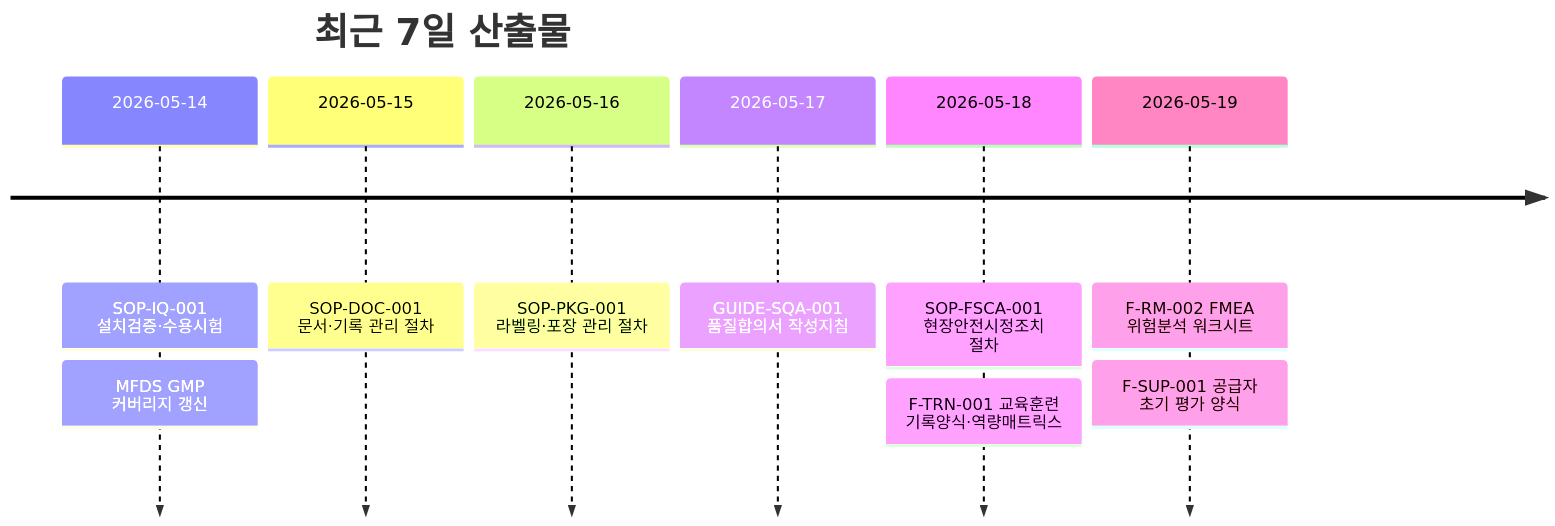
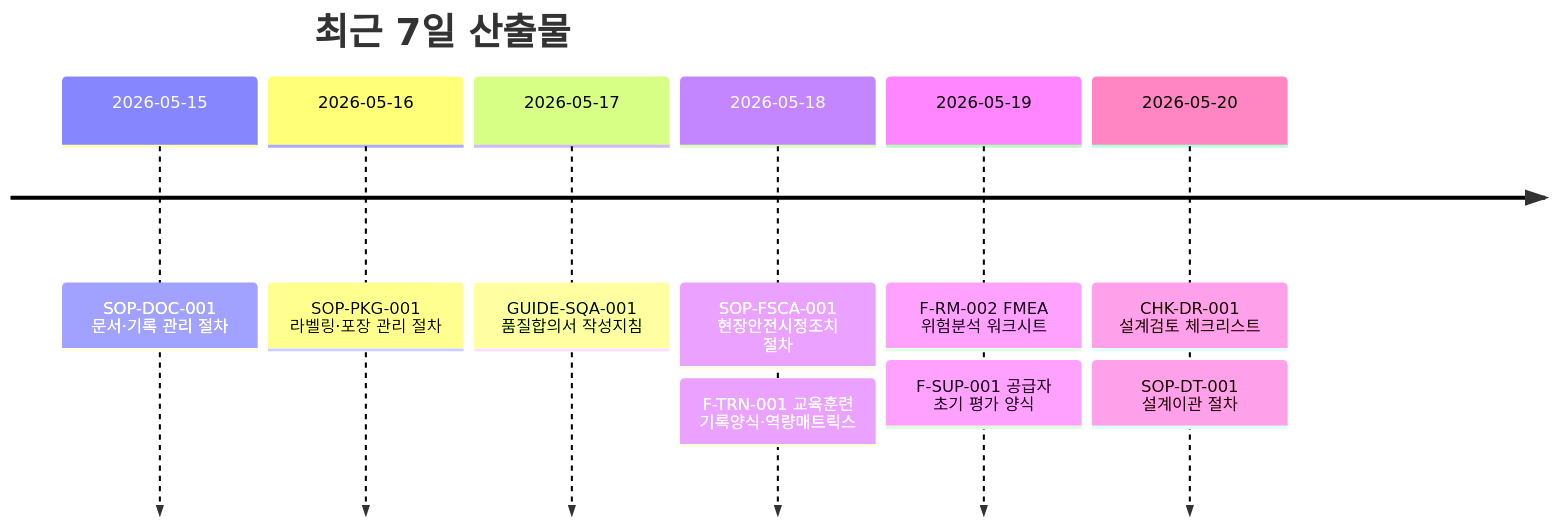
Before and after one commit to holee9/MD-process: the third of 4 diagrams in README.md, drawn with Mermaid. The commit also changed other lines of this file, not shown here.

````diff
--- a/README.md
+++ b/README.md
@@ -143,13 +143,13 @@
 ```mermaid
 timeline
     title 최근 7일 산출물
-    2026-05-14 : SOP-IQ-001 설치검증·수용시험
-               : MFDS GMP 커버리지 갱신
     2026-05-15 : SOP-DOC-001 문서·기록 관리 절차
     2026-05-16 : SOP-PKG-001 라벨링·포장 관리 절차
     2026-05-17 : GUIDE-SQA-001 품질합의서 작성지침
     2026-05-18 : SOP-FSCA-001 현장안전시정조치 절차
                : F-TRN-001 교육훈련 기록양식·역량매트릭스
     2026-05-19 : F-RM-002 FMEA 위험분석 워크시트
                : F-SUP-001 공급자 초기 평가 양식
+    2026-05-20 : CHK-DR-001 설계검토 체크리스트
+               : SOP-DT-001 설계이관 절차
 ```
````
